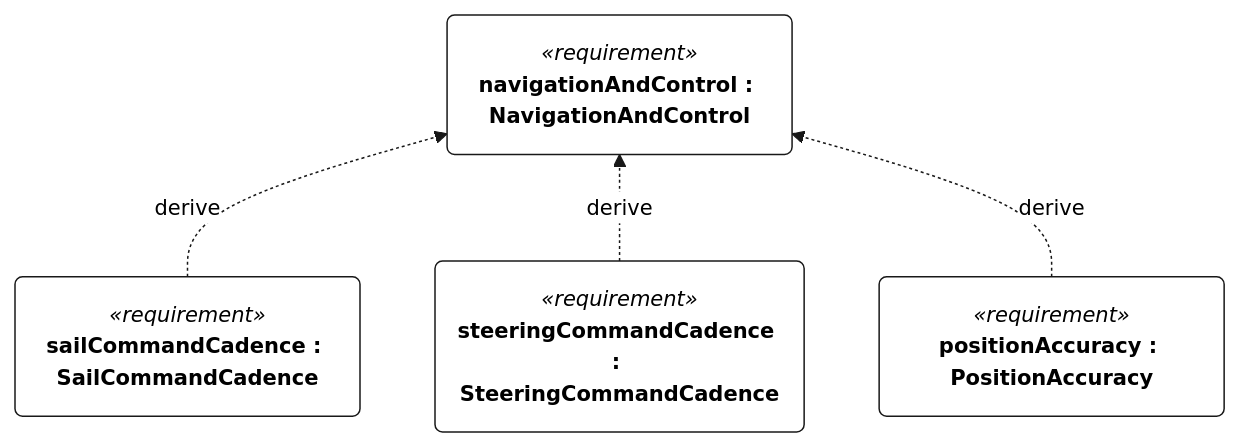
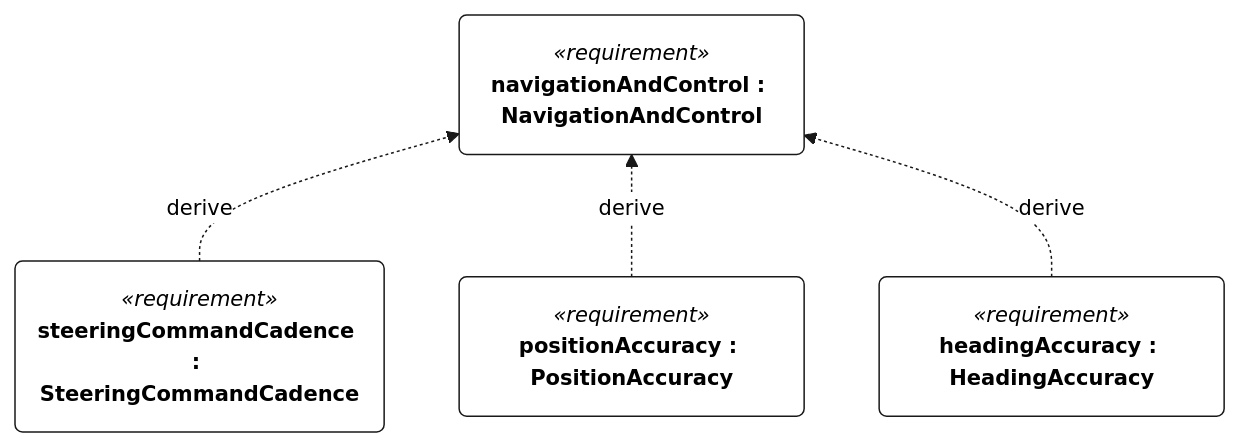
The second of 2 diagrams in docs/figures/requirements-e-002.md (DavidIngraham/sv-blue-dog), drawn with Mermaid before and after one commit. The commit also changed other lines of this file and 130 other files, not shown here.

````diff
--- a/docs/figures/requirements-e-002.md
+++ b/docs/figures/requirements-e-002.md
@@ -73,43 +71,43 @@
 ```mermaid
 ---
 config:
   fontFamily: "Helvetica, Arial, sans-serif"
   theme: base
   themeCSS: ".edgeLabel rect { opacity: 1 !important; } .cluster-label .nodeLabel { text-align: center; }"
   themeVariables:
     fontFamily: "Helvetica, Arial, sans-serif"
     fontSize: "14px"
     primaryColor: "#FFFFFF"
     secondaryColor: "#FFFFFF"
     tertiaryColor: "#FFFFFF"
     background: "#FFFFFF"
     primaryBorderColor: "#181818"
     primaryTextColor: "#000000"
     lineColor: "#181818"
     textColor: "#000000"
     noteBkgColor: "#FEFFDD"
     noteBorderColor: "#181818"
     noteTextColor: "#000000"
     clusterBkg: "#FFFFFF"
     clusterBorder: "#181818"
     edgeLabelBackground: "#FFFFFF"
 ---
 %% BlueDogViews::navigationAndControl2 — requirement rendering (view def GeneralView, filter @RequirementUsage)
-%% not represented: 222 node(s) without a position, left undrawn, and 414 edge(s) at them
+%% not represented: 85 node(s) without a position, left undrawn, and 96 edge(s) at them
 %% layout: n0 x=0 y=0
 %% layout: n1 x=0 y=200
 %% layout: n2 x=300 y=200
 %% layout: n3 x=600 y=200
 flowchart BT
   n0("`*«requirement»*
 **navigationAndControl : NavigationAndControl**`")
   n1("`*«requirement»*
-**sailCommandCadence : SailCommandCadence**`")
+**steeringCommandCadence : SteeringCommandCadence**`")
   n2("`*«requirement»*
-**steeringCommandCadence : SteeringCommandCadence**`")
+**positionAccuracy : PositionAccuracy**`")
   n3("`*«requirement»*
-**positionAccuracy : PositionAccuracy**`")
+**headingAccuracy : HeadingAccuracy**`")
   n1 -.->|"derive"| n0
   n2 -.->|"derive"| n0
   n3 -.->|"derive"| n0
 ```
````
